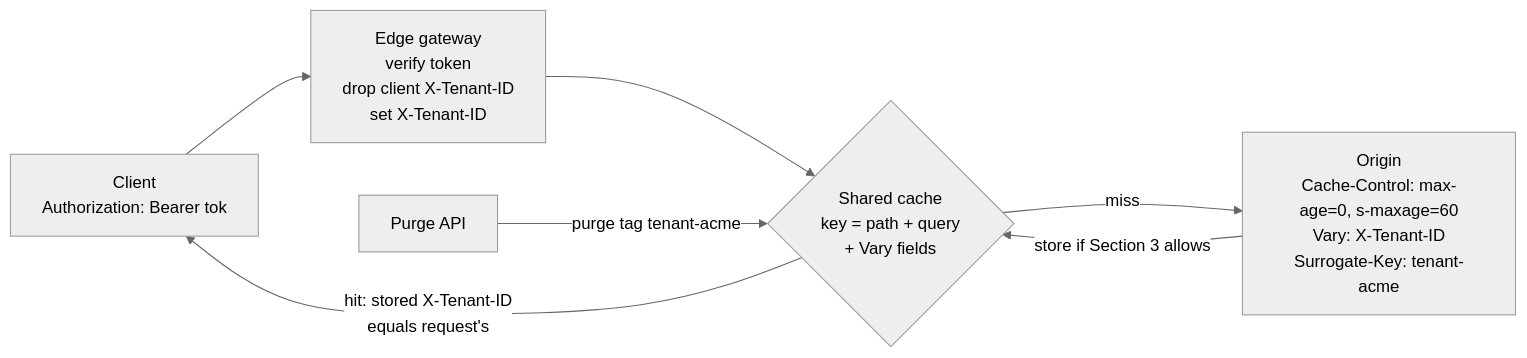
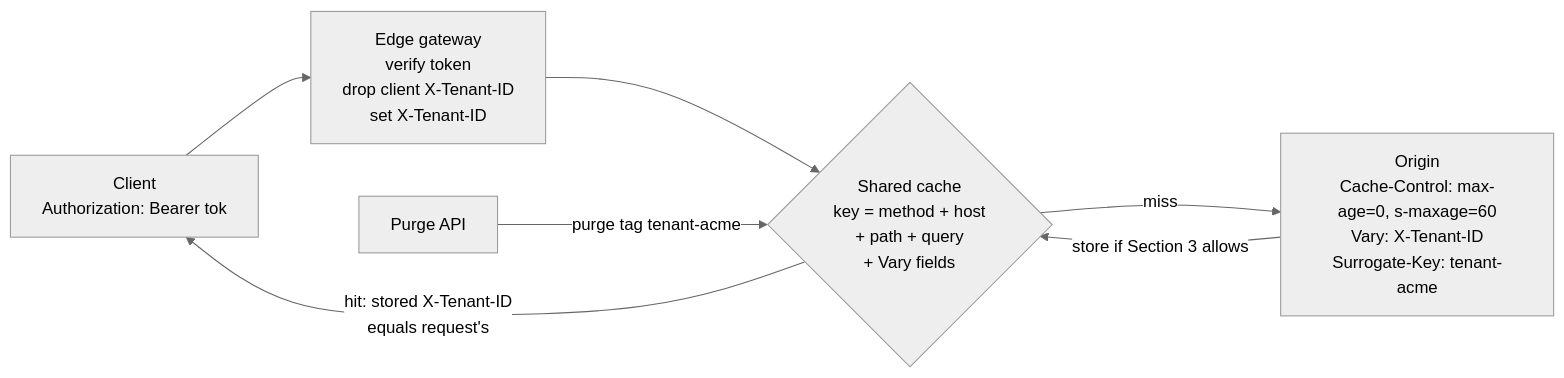
The diagram in 20-API-Engineering/03-HTTP-Caching-and-Conditional-Requests/Caching-Authenticated-and-Multi-Tenant-API-Responses.md (shreejitverma/The-Distinguished-Engineer), drawn with Mermaid (neutral theme) before and after one commit. The commit also changed other lines of this file and 8 other files, not shown here.

Commit message:
no-mistakes(review): Key cache on Host, refuse no-cache, ASCII digits

````diff
--- a/20-API-Engineering/03-HTTP-Caching-and-Conditional-Requests/Caching-Authenticated-and-Multi-Tenant-API-Responses.md
+++ b/20-API-Engineering/03-HTTP-Caching-and-Conditional-Requests/Caching-Authenticated-and-Multi-Tenant-API-Responses.md
@@ -48,9 +48,9 @@
 ```mermaid
 flowchart LR
     C[Client<br/>Authorization: Bearer tok] --> E[Edge gateway<br/>verify token<br/>drop client X-Tenant-ID<br/>set X-Tenant-ID]
-    E --> K{Shared cache<br/>key = path + query<br/>+ Vary fields}
+    E --> K{Shared cache<br/>key = method + host<br/>+ path + query<br/>+ Vary fields}
     K -- "hit: stored X-Tenant-ID<br/>equals request's" --> C
     K -- "miss" --> O[Origin<br/>Cache-Control: max-age=0, s-maxage=60<br/>Vary: X-Tenant-ID<br/>Surrogate-Key: tenant-acme]
     O -- "store if Section 3 allows" --> K
     P[Purge API] -- "purge tag tenant-acme" --> K
 ```
````
